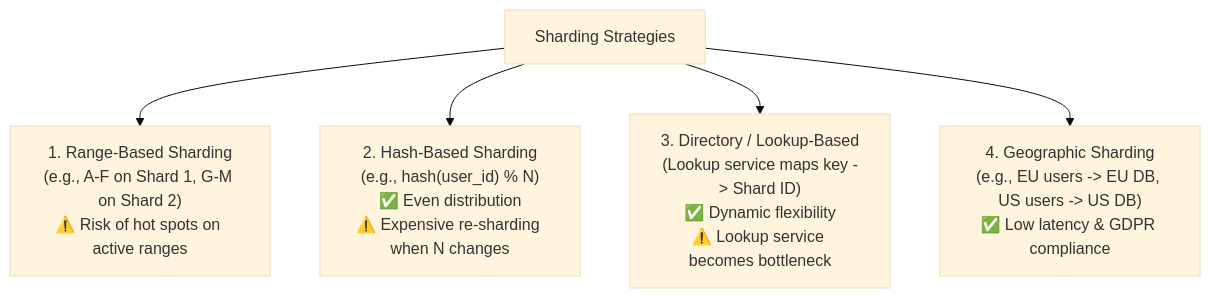
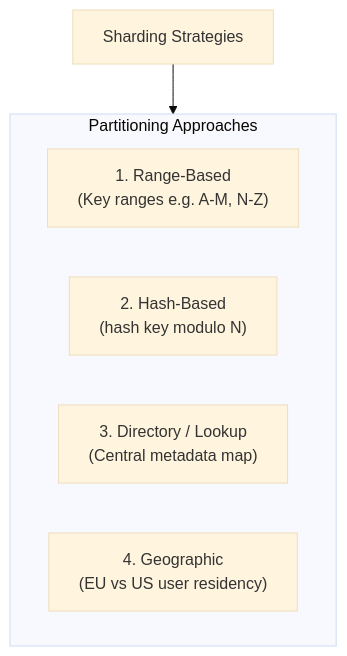
The first of 5 diagrams in strivers-hld/07-Data-Partitioning-and-Consistent-Hashing/README.md (Sourav108/strivers-lld), drawn with Mermaid (base theme) before and after one commit. The commit also changed other lines of this file and 39 other files, not shown here.

Commit message:
fix(mermaid): wrap node labels, simplify diamonds, and reformat wide diagrams for perfect GitHub rendering

````diff
--- a/strivers-hld/07-Data-Partitioning-and-Consistent-Hashing/README.md
+++ b/strivers-hld/07-Data-Partitioning-and-Consistent-Hashing/README.md
@@ -7,7 +7,13 @@
 ```mermaid
 flowchart TD
-    Sharding["Sharding Strategies"] --> Range["1. Range-Based Sharding<br/>(e.g., A-F on Shard 1, G-M on Shard 2)<br/>⚠️ Risk of hot spots on active ranges"]
-    Sharding --> Hash["2. Hash-Based Sharding<br/>(e.g., hash(user_id) % N)<br/>✅ Even distribution<br/>⚠️ Expensive re-sharding when N changes"]
-    Sharding --> Directory["3. Directory / Lookup-Based<br/>(Lookup service maps key -> Shard ID)<br/>✅ Dynamic flexibility<br/>⚠️ Lookup service becomes bottleneck"]
-    Sharding --> Geo["4. Geographic Sharding<br/>(e.g., EU users -> EU DB, US users -> US DB)<br/>✅ Low latency & GDPR compliance"]
+    Sharding["Sharding Strategies"]
+    
+    subgraph DataPartitioning["Partitioning Approaches"]
+        Range["1. Range-Based<br/>(Key ranges e.g. A-M, N-Z)"]
+        Hash["2. Hash-Based<br/>(hash key modulo N)"]
+        Directory["3. Directory / Lookup<br/>(Central metadata map)"]
+        Geo["4. Geographic<br/>(EU vs US user residency)"]
+    end
+
+    Sharding --> DataPartitioning
 ```
````
